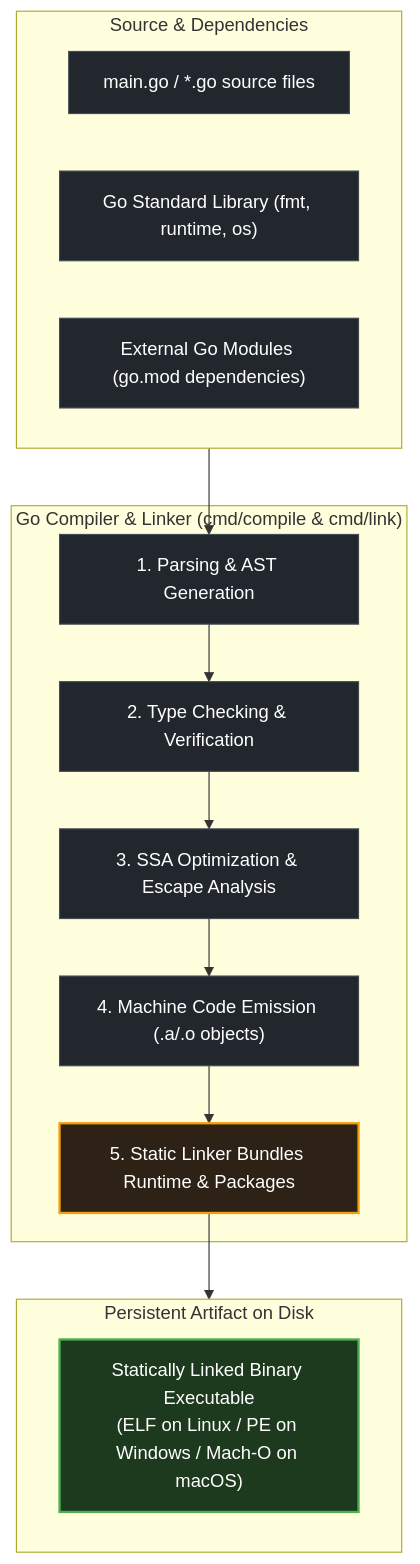
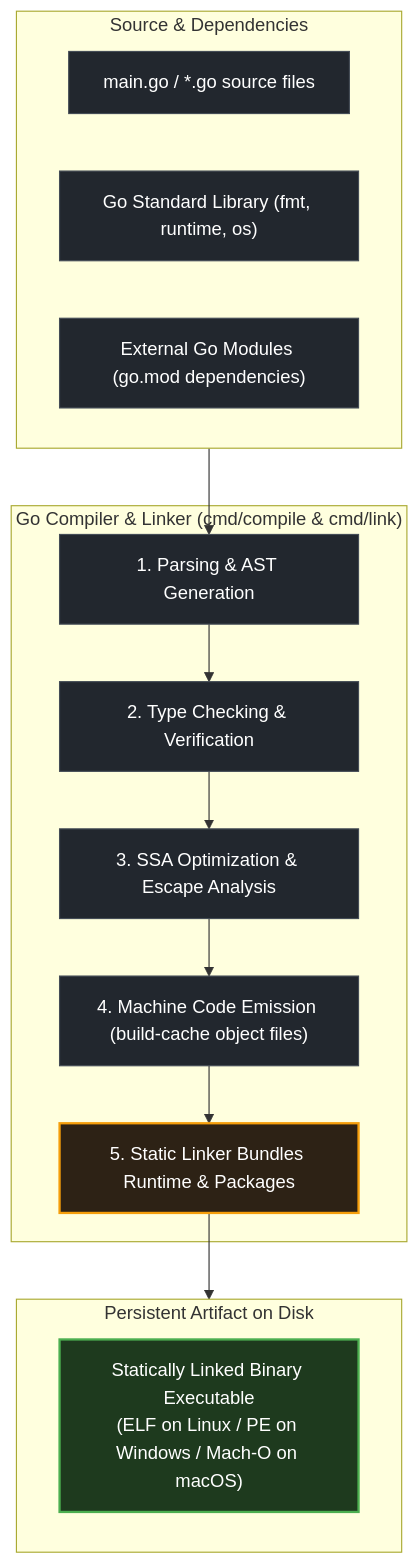
One commit to swe-labs/the-go-engineer changed the diagram in curriculum/modules/02-go-setup-tooling/lessons/04-go-build/README.md. Above: the diagram before and after it, drawn with Mermaid. The commit also changed other lines of this file and 20 other files, not shown here.

````diff
--- a/curriculum/modules/02-go-setup-tooling/lessons/04-go-build/README.md
+++ b/curriculum/modules/02-go-setup-tooling/lessons/04-go-build/README.md
@@ -20,31 +20,31 @@
 ```mermaid
 flowchart TD
     classDef frontDoor fill:#1a233a,stroke:#3b82f6,stroke-width:2px,color:#ffffff;
     classDef exitGate fill:#1e3a1e,stroke:#4caf50,stroke-width:2px,color:#ffffff;
     classDef standardNode fill:#22272e,stroke:#444c56,stroke-width:1px,color:#ffffff;
     classDef capstoneNode fill:#2d2215,stroke:#f59e0b,stroke-width:2px,color:#ffffff;
     classDef container fill:#161b22,stroke:#30363d,stroke-width:1px,color:#8b949e;
 
     subgraph Inputs["Source & Dependencies"]
         SRC["main.go / *.go source files"]:::standardNode
         STDLIB["Go Standard Library (fmt, runtime, os)"]:::standardNode
         MODS["External Go Modules (go.mod dependencies)"]:::standardNode
     end
 
     subgraph Toolchain["Go Compiler & Linker (cmd/compile & cmd/link)"]
         AST["1. Parsing & AST Generation"]:::standardNode
         TYPE["2. Type Checking & Verification"]:::standardNode
         OPT["3. SSA Optimization & Escape Analysis"]:::standardNode
-        OBJ["4. Machine Code Emission (.a/.o objects)"]:::standardNode
+        OBJ["4. Machine Code Emission (build-cache object files)"]:::standardNode
         LINK["5. Static Linker Bundles Runtime & Packages"]:::capstoneNode
 
         AST --> TYPE --> OPT --> OBJ --> LINK
     end
 
     subgraph Output["Persistent Artifact on Disk"]
         BIN["Statically Linked Binary Executable\n(ELF on Linux / PE on Windows / Mach-O on macOS)"]:::exitGate
     end
 
     Inputs --> AST
     LINK --> Output
 ```
````
